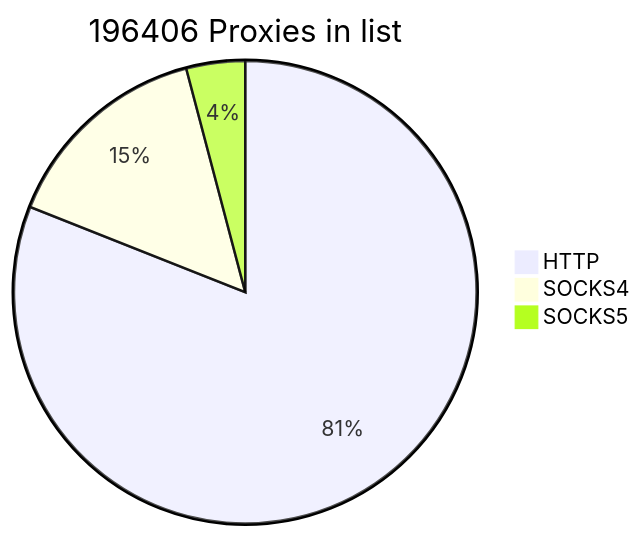
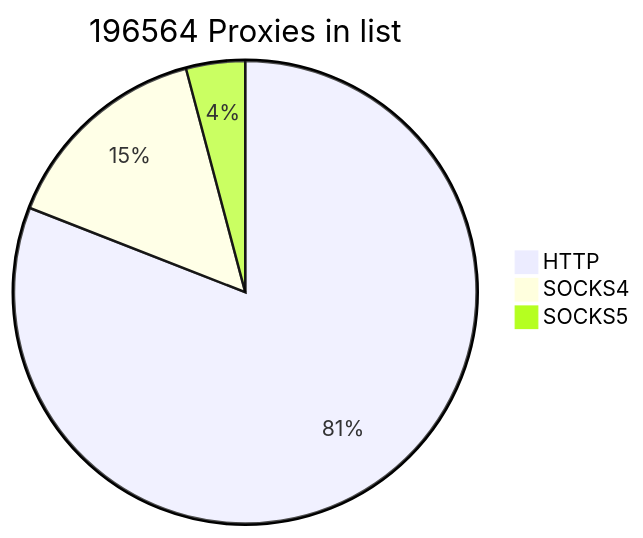
The first of 2 diagrams in README.md (cutipu/proxylist), drawn with Mermaid before and after one commit. The commit also changed other lines of this file, not shown here.

````diff
--- a/README.md
+++ b/README.md
@@ -2,7 +2,7 @@
 ```mermaid
-pie title 196406 Proxies in list
-    "HTTP" : 159105
-    "SOCKS4" : 29236
-    "SOCKS5" : 8065
+pie title 196564 Proxies in list
+    "HTTP" : 159094
+    "SOCKS4" : 29367
+    "SOCKS5" : 8103
             
 ```
````
